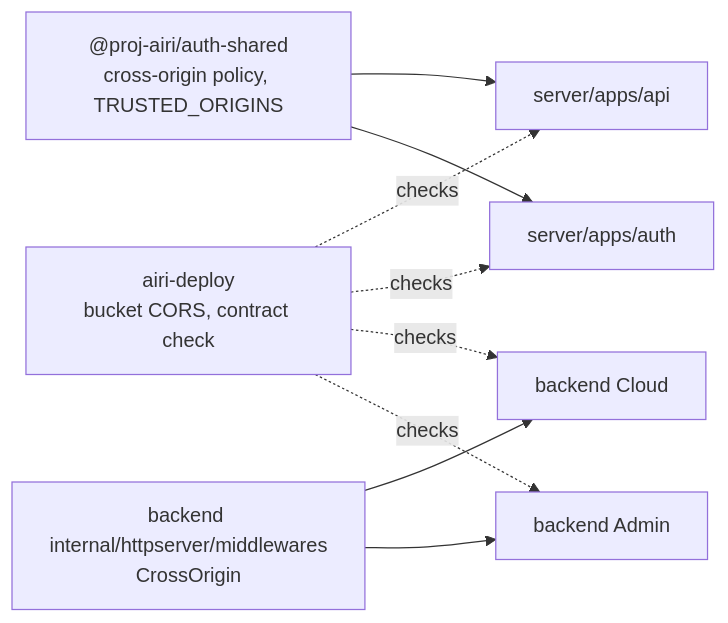
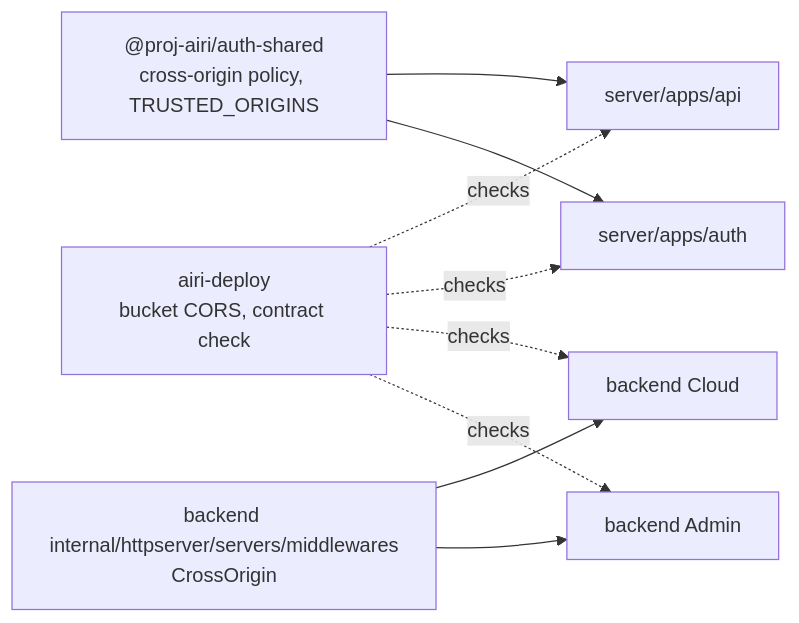
One commit to moeru-ai/airi changed the first of 2 diagrams in server/docs/ai/adr/2026-11-07-cross-origin-boundary.md. Above: the diagram before and after it, drawn with Mermaid. The commit also changed other lines of this file, not shown here.

Commit message:
docs(server): match the cross-origin ADR to the Go and deploy changes

````diff
--- a/server/docs/ai/adr/2026-11-07-cross-origin-boundary.md
+++ b/server/docs/ai/adr/2026-11-07-cross-origin-boundary.md
@@ -80,19 +82,19 @@
 ```mermaid
 flowchart LR
   shared["@proj-airi/auth-shared<br/>cross-origin policy, TRUSTED_ORIGINS"]
   api["server/apps/api"]
   auth["server/apps/auth"]
-  gomw["backend internal/httpserver/middlewares<br/>CrossOrigin"]
+  gomw["backend internal/httpserver/servers/middlewares<br/>CrossOrigin"]
   cloud["backend Cloud"]
   admin["backend Admin"]
   deploy["airi-deploy<br/>bucket CORS, contract check"]
 
   shared --> api
   shared --> auth
   gomw --> cloud
   gomw --> admin
   deploy -. checks .-> api
   deploy -. checks .-> auth
   deploy -. checks .-> cloud
   deploy -. checks .-> admin
 ```
````
